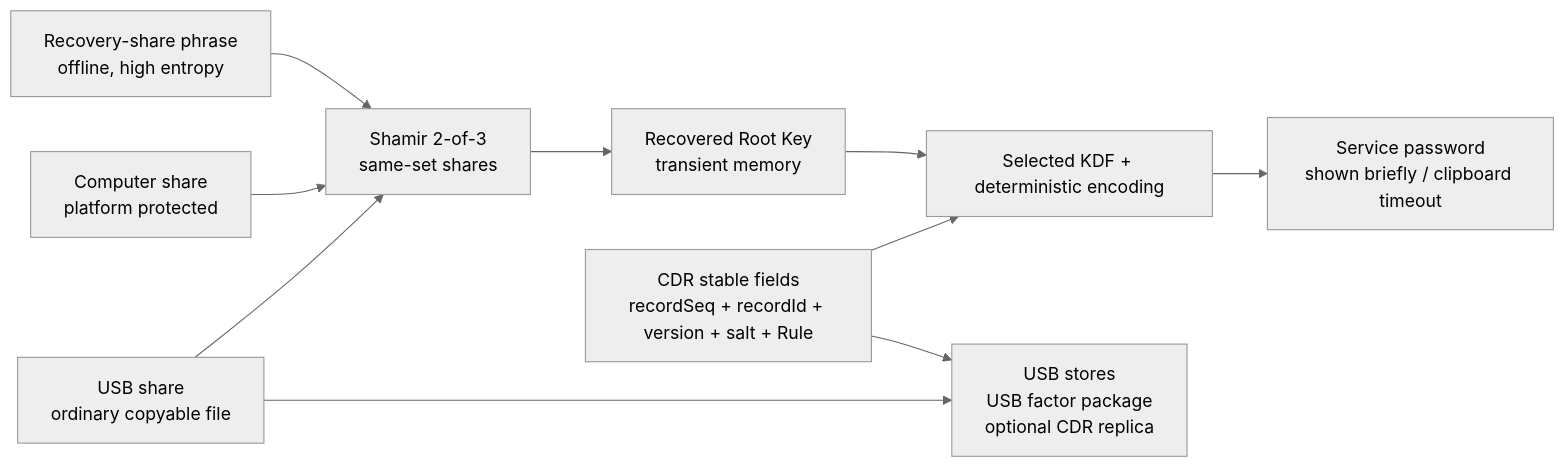
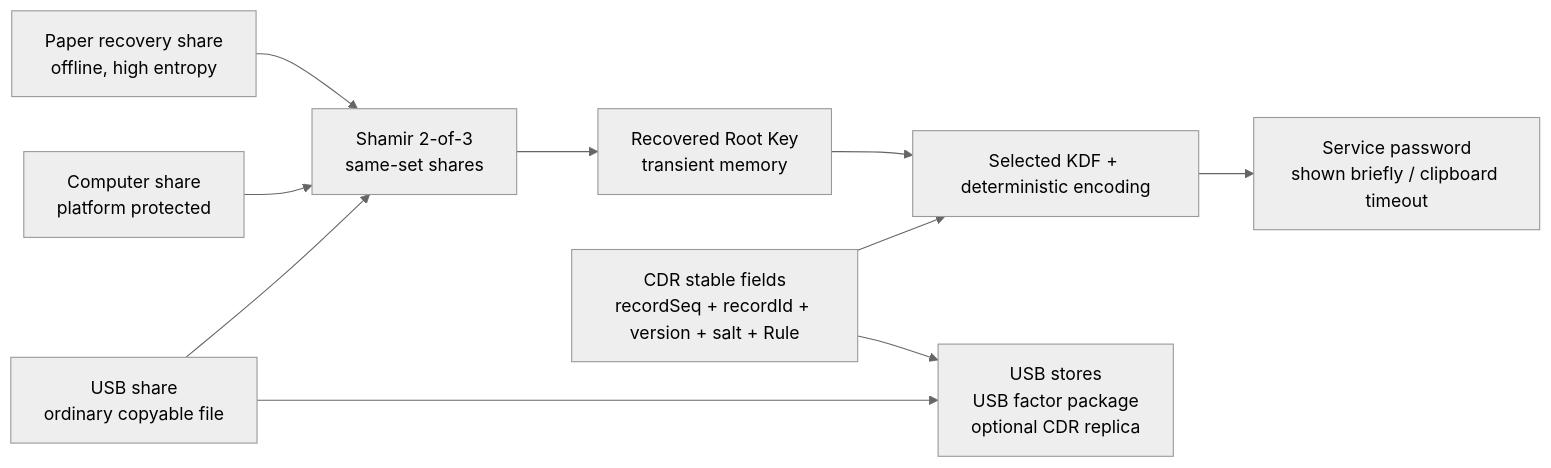
The diagram in README.md (ferrarif1/KeyLessPass), drawn with Mermaid (neutral theme) before and after one commit. The commit also changed other lines of this file and 276 other files, not shown here.

````diff
--- a/README.md
+++ b/README.md
@@ -117,12 +150,12 @@
 ```mermaid
 flowchart LR
-    M["Recovery-share phrase<br/>offline, high entropy"] --> R["Shamir 2-of-3<br/>same-set shares"]
+    M["Paper recovery share<br/>offline, high entropy"] --> R["Shamir 2-of-3<br/>same-set shares"]
     FC["Computer share<br/>platform protected"] --> R
     FU["USB share<br/>ordinary copyable file"] --> R
     R --> KM["Recovered Root Key<br/>transient memory"]
     KM --> D["Selected KDF + deterministic encoding"]
     C["CDR stable fields<br/>recordSeq + recordId + version + salt + Rule"] --> D
     D --> P["Service password<br/>shown briefly / clipboard timeout"]
     FU --> U["USB stores<br/>USB factor package<br/>optional CDR replica<br/"]
     C --> U
 ```
````
